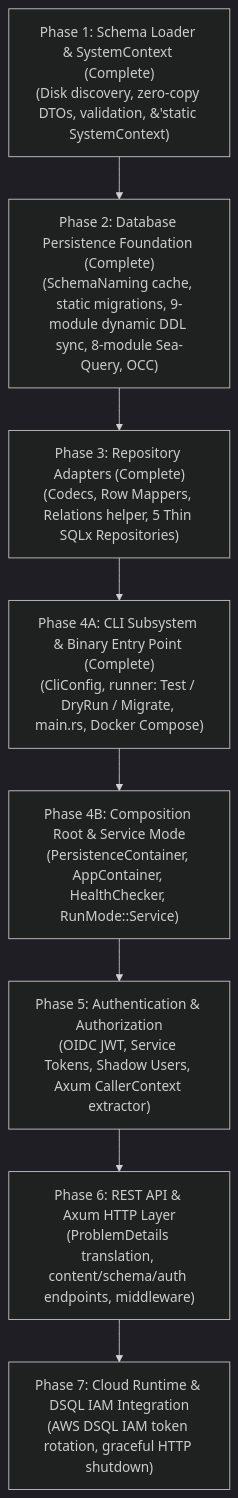
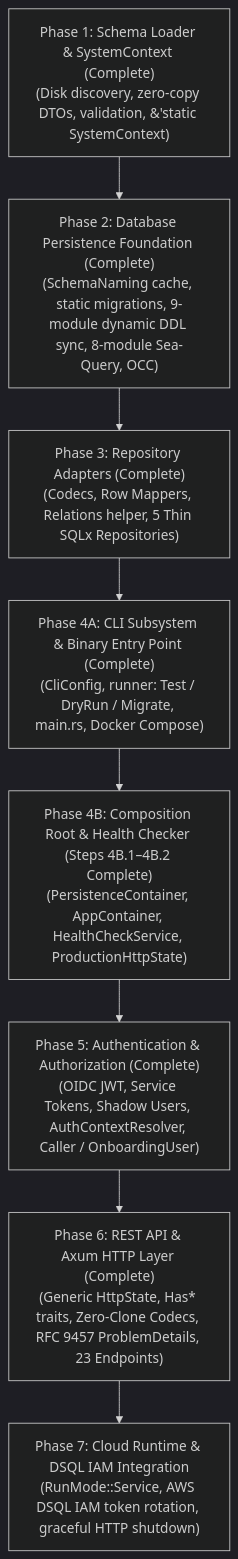
The diagram in docs/plan-infrastructure.md (luminair-cms/luminair-system), drawn with Mermaid (dark theme) before and after one commit. The commit also changed other lines of this file and 33 other files, not shown here.

````diff
--- a/docs/plan-infrastructure.md
+++ b/docs/plan-infrastructure.md
@@ -19,19 +19,19 @@
 ```mermaid
 flowchart TD
     P1["Phase 1: Schema Loader & SystemContext (Complete)<br/>(Disk discovery, zero-copy DTOs, validation, &'static SystemContext)"]
     P2["Phase 2: Database Persistence Foundation (Complete)<br/>(SchemaNaming cache, static migrations, 9-module dynamic DDL sync, 8-module Sea-Query, OCC)"]
     P3["Phase 3: Repository Adapters (Complete)<br/>(Codecs, Row Mappers, Relations helper, 5 Thin SQLx Repositories)"]
     P4A["Phase 4A: CLI Subsystem & Binary Entry Point (Complete)<br/>(CliConfig, runner: Test / DryRun / Migrate, main.rs, Docker Compose)"]
-    P4B["Phase 4B: Composition Root & Service Mode<br/>(PersistenceContainer, AppContainer, HealthChecker, RunMode::Service)"]
-    P5["Phase 5: Authentication & Authorization<br/>(OIDC JWT, Service Tokens, Shadow Users, Axum CallerContext extractor)"]
-    P6["Phase 6: REST API & Axum HTTP Layer<br/>(ProblemDetails translation, content/schema/auth endpoints, middleware)"]
-    P7["Phase 7: Cloud Runtime & DSQL IAM Integration<br/>(AWS DSQL IAM token rotation, graceful HTTP shutdown)"]
+    P4B["Phase 4B: Composition Root & Health Checker (Steps 4B.1–4B.2 Complete)<br/>(PersistenceContainer, AppContainer, HealthCheckService, ProductionHttpState)"]
+    P5["Phase 5: Authentication & Authorization (Complete)<br/>(OIDC JWT, Service Tokens, Shadow Users, AuthContextResolver, Caller / OnboardingUser)"]
+    P6["Phase 6: REST API & Axum HTTP Layer (Complete)<br/>(Generic HttpState, Has* traits, Zero-Clone Codecs, RFC 9457 ProblemDetails, 23 Endpoints)"]
+    P7["Phase 7: Cloud Runtime & DSQL IAM Integration<br/>(RunMode::Service, AWS DSQL IAM token rotation, graceful HTTP shutdown)"]
 
     P1 --> P2
     P2 --> P3
     P3 --> P4A
     P4A --> P4B
     P4B --> P5
     P5 --> P6
     P6 --> P7
 ```
````
